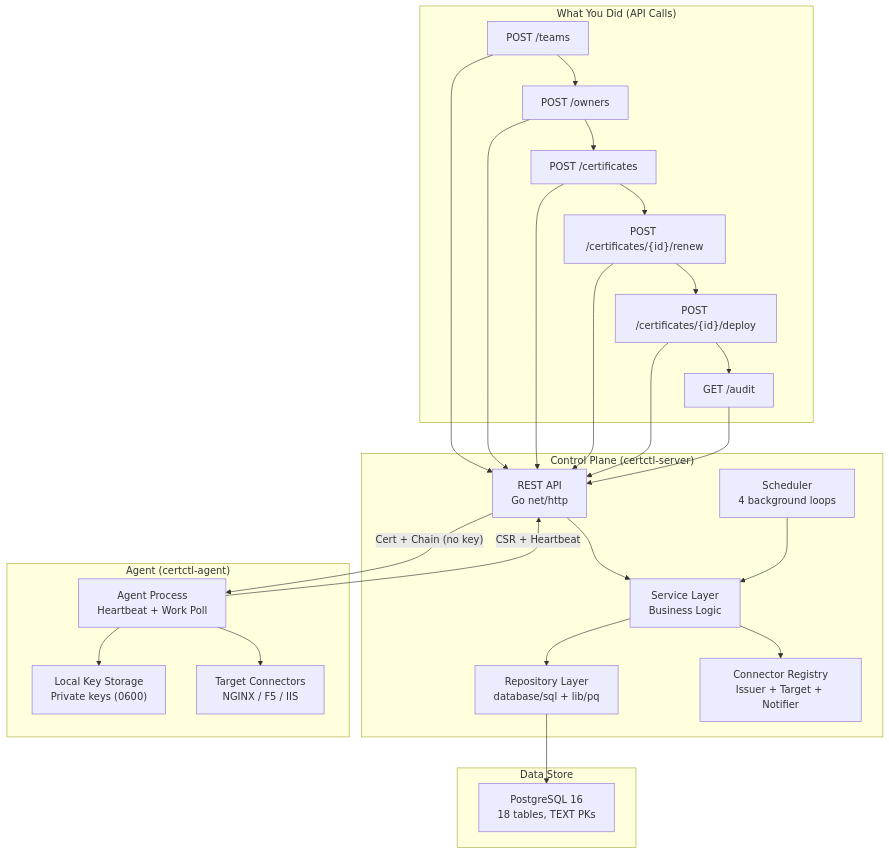
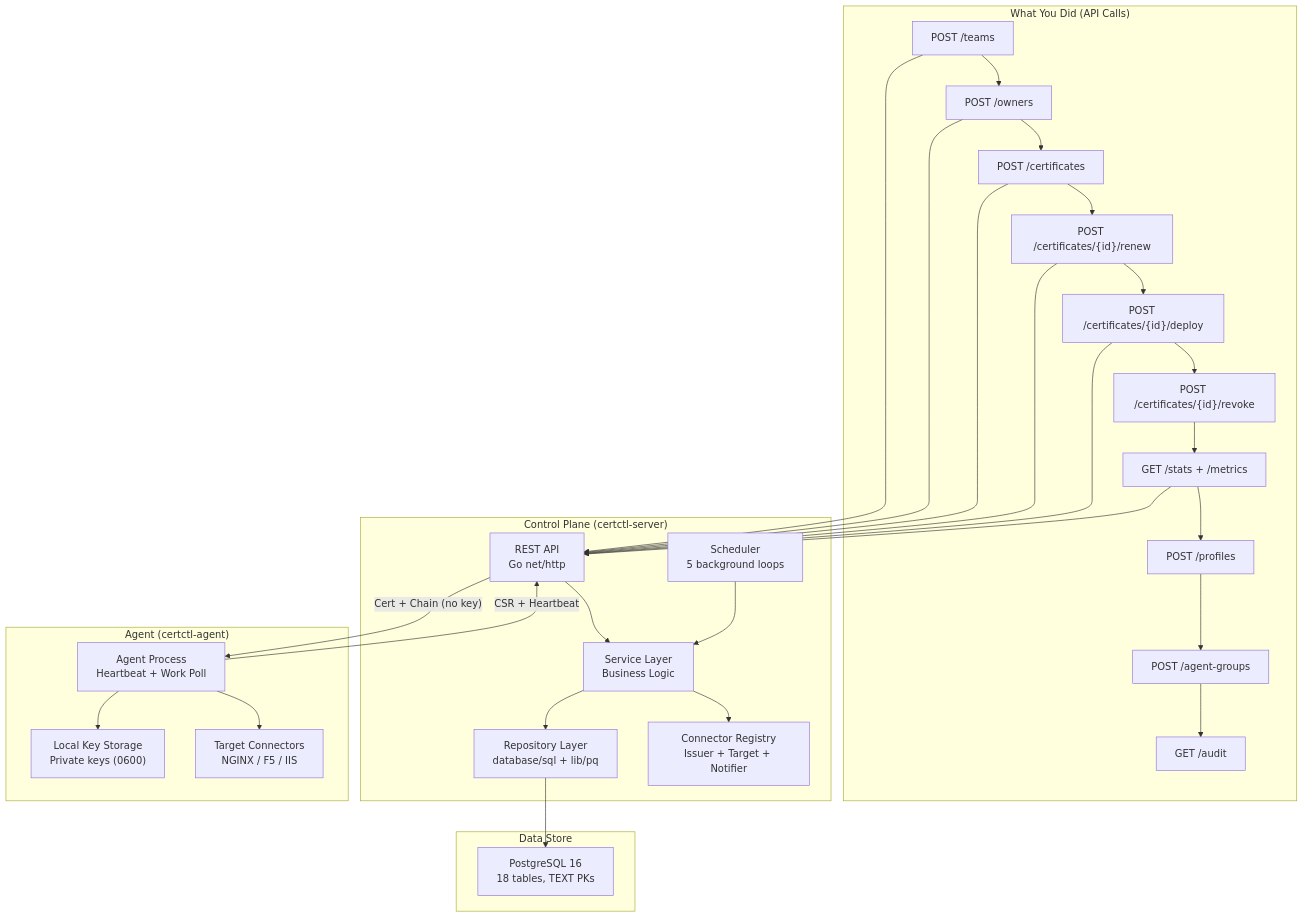
One commit to certctl-io/certctl changed the sixth of 6 diagrams in docs/demo-advanced.md. Above: the diagram before and after it, drawn with Mermaid. The commit also changed other lines of this file and 2 other files, not shown here.

First line of the commit message:
docs: add feature inventory, complete demo-advanced and architecture coverage

````diff
--- a/docs/demo-advanced.md
+++ b/docs/demo-advanced.md
@@ -561,39 +682,43 @@
 ```mermaid
 flowchart TB
     subgraph "What You Did (API Calls)"
         U1["POST /teams"] --> U2["POST /owners"]
         U2 --> U3["POST /certificates"]
         U3 --> U4["POST /certificates/{id}/renew"]
         U4 --> U5["POST /certificates/{id}/deploy"]
-        U5 --> U6["GET /audit"]
+        U5 --> U5b["POST /certificates/{id}/revoke"]
+        U5b --> U6["GET /stats + /metrics"]
+        U6 --> U7["POST /profiles"]
+        U7 --> U8["POST /agent-groups"]
+        U8 --> U9["GET /audit"]
     end
 
     subgraph "Control Plane (certctl-server)"
         API["REST API\nGo net/http"]
         SVC["Service Layer\nBusiness Logic"]
         REPO["Repository Layer\ndatabase/sql + lib/pq"]
-        SCHED["Scheduler\n4 background loops"]
+        SCHED["Scheduler\n5 background loops"]
         CONN["Connector Registry\nIssuer + Target + Notifier"]
     end
 
     subgraph "Data Store"
         PG["PostgreSQL 16\n18 tables, TEXT PKs"]
     end
 
     subgraph "Agent (certctl-agent)"
         AGENT["Agent Process\nHeartbeat + Work Poll"]
         KEYS["Local Key Storage\nPrivate keys (0600)"]
         TC["Target Connectors\nNGINX / F5 / IIS"]
     end
 
     U1 & U2 & U3 & U4 & U5 & U6 --> API
     API --> SVC
     SVC --> REPO
     REPO --> PG
     SVC --> CONN
     SCHED --> SVC
     AGENT -->|"CSR + Heartbeat"| API
     API -->|"Cert + Chain (no key)"| AGENT
     AGENT --> KEYS
     AGENT --> TC
 ```
````
